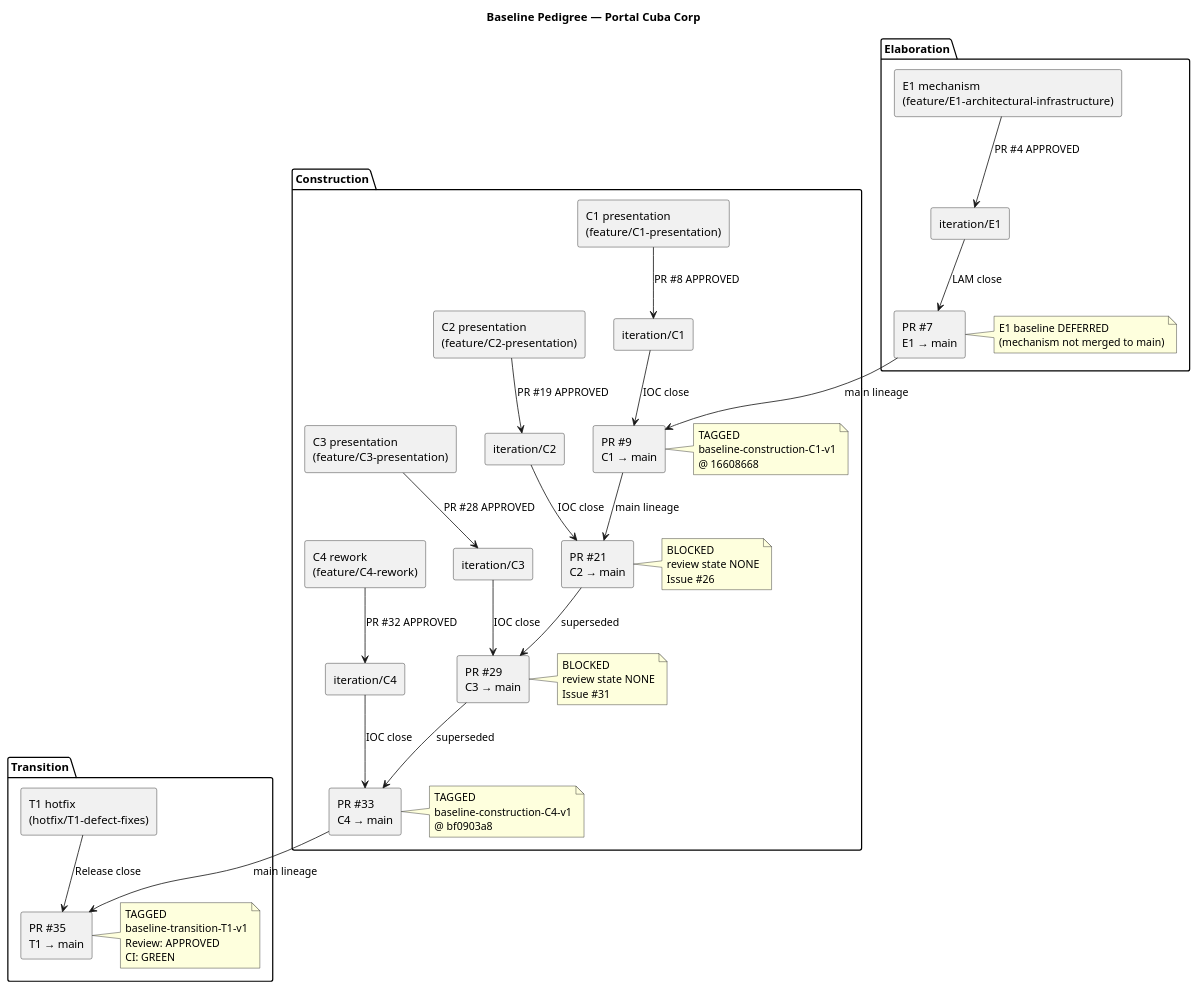
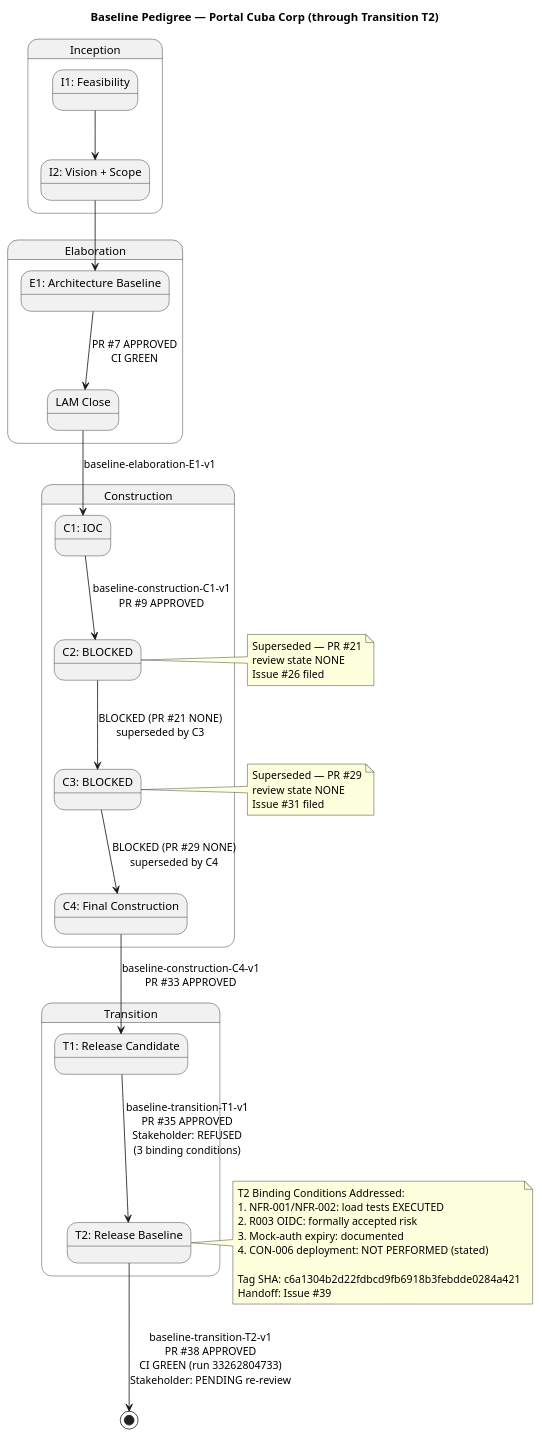
Before and after one commit to banense-test/portal-cuba-corp: the first of 2 diagrams in docs/BRANCHING_STRATEGY.md, drawn with PlantUML. The commit also changed other lines of this file, not shown here.

First line of the commit message:
Update BRANCHING_STRATEGY.md — Transition T2 baseline tagged (baseline-transition-T2-v1)

````diff
--- a/docs/BRANCHING_STRATEGY.md
+++ b/docs/BRANCHING_STRATEGY.md
@@ -99,59 +169,62 @@
 ```plantuml
-@startuml
-title Baseline Pedigree — Portal Cuba Corp
-skinparam componentStyle rectangle
+@startuml Baseline_Pedigree_T2
+title Baseline Pedigree — Portal Cuba Corp (through Transition T2)
 
-package "Elaboration" {
-  [E1 mechanism\n(feature/E1-architectural-infrastructure)] as E1F
-  [iteration/E1] as E1I
-  E1F --> E1I : PR #4 APPROVED
-  [PR #7\nE1 → main] as E1PR
-  E1I --> E1PR : LAM close
-  note right of E1PR : E1 baseline DEFERRED\n(mechanism not merged to main)
+state "Inception" as INCEP {
+  state "I1: Feasibility" as I1
+  state "I2: Vision + Scope" as I2
 }
 
-package "Construction" {
-  [C1 presentation\n(feature/C1-presentation)] as C1F
-  [iteration/C1] as C1I
-  C1F --> C1I : PR #8 APPROVED
-  [PR #9\nC1 → main] as C1PR
-  C1I --> C1PR : IOC close
-  note right of C1PR : TAGGED\nbaseline-construction-C1-v1\n@ 16608668
-
-  [C2 presentation\n(feature/C2-presentation)] as C2F
-  [iteration/C2] as C2I
-  C2F --> C2I : PR #19 APPROVED
-  [PR #21\nC2 → main] as C2PR
-  C2I --> C2PR : IOC close
-  note right of C2PR : BLOCKED\nreview state NONE\nIssue #26
-
-  [C3 presentation\n(feature/C3-presentation)] as C3F
-  [iteration/C3] as C3I
-  C3F --> C3I : PR #28 APPROVED
-  [PR #29\nC3 → main] as C3PR
-  C3I --> C3PR : IOC close
-  note right of C3PR : BLOCKED\nreview state NONE\nIssue #31
-
-  [C4 rework\n(feature/C4-rework)] as C4F
-  [iteration/C4] as C4I
-  C4F --> C4I : PR #32 APPROVED
-  [PR #33\nC4 → main] as C4PR
-  C4I --> C4PR : IOC close
-  note right of C4PR : TAGGED\nbaseline-construction-C4-v1\n@ bf0903a8
+state "Elaboration" as ELAB {
+  state "E1: Architecture Baseline" as E1
+  state "LAM Close" as LAM
 }
 
-package "Transition" {
-  [T1 hotfix\n(hotfix/T1-defect-fixes)] as T1F
-  [PR #35\nT1 → main] as T1PR
-  T1F --> T1PR : Release close
-  note right of T1PR : TAGGED\nbaseline-transition-T1-v1\nReview: APPROVED\nCI: GREEN
+state "Construction" as CONSTR {
+  state "C1: IOC" as C1
+  state "C2: BLOCKED" as C2
+  state "C3: BLOCKED" as C3
+  state "C4: Final Construction" as C4
 }
 
-E1PR --> C1PR : main lineage
-C1PR --> C2PR : main lineage
-C2PR --> C3PR : superseded
-C3PR --> C4PR : superseded
-C4PR --> T1PR : main lineage
+state "Transition" as TRANS {
+  state "T1: Release Candidate" as T1
+  state "T2: Release Baseline" as T2
+}
+
+I1 --> I2
+I2 --> E1
+E1 --> LAM : PR #7 APPROVED\nCI GREEN
+LAM --> C1 : baseline-elaboration-E1-v1
+C1 --> C2 : baseline-construction-C1-v1\nPR #9 APPROVED
+C2 --> C3 : BLOCKED (PR #21 NONE)\nsuperseded by C3
+C3 --> C4 : BLOCKED (PR #29 NONE)\nsuperseded by C4
+C4 --> T1 : baseline-construction-C4-v1\nPR #33 APPROVED
+T1 --> T2 : baseline-transition-T1-v1\nPR #35 APPROVED\nStakeholder: REFUSED\n(3 binding conditions)
+T2 --> [*] : baseline-transition-T2-v1\nPR #38 APPROVED\nCI GREEN (run 33262804733)\nStakeholder: PENDING re-review
+
+note right of T2
+  T2 Binding Conditions Addressed:
+  1. NFR-001/NFR-002: load tests EXECUTED
+  2. R003 OIDC: formally accepted risk
+  3. Mock-auth expiry: documented
+  4. CON-006 deployment: NOT PERFORMED (stated)
+  
+  Tag SHA: c6a1304b2d22fdbcd9fb6918b3febdde0284a421
+  Handoff: Issue #39
+end note
+
+note right of C2
+  Superseded — PR #21
+  review state NONE
+  Issue #26 filed
+end note
+
+note right of C3
+  Superseded — PR #29
+  review state NONE
+  Issue #31 filed
+end note
 
 @enduml
 ```
````
